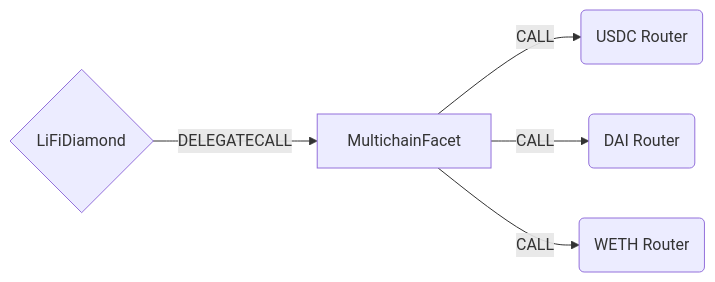
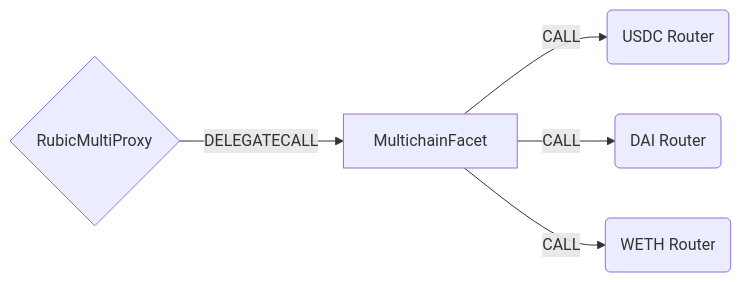
The diagram in docs/MultichainFacet.md (Cryptorubic/multi-proxy-rubic), drawn with Mermaid before and after one commit. The commit also changed other lines of this file and 82 other files, not shown here.

````diff
--- a/docs/MultichainFacet.md
+++ b/docs/MultichainFacet.md
@@ -7,7 +7,7 @@
 ```mermaid
 graph LR;
-    D{LiFiDiamond}-- DELEGATECALL -->A[MultichainFacet]
+    D{RubicMultiProxy}-- DELEGATECALL -->A[MultichainFacet]
     A -- CALL --> USDC(USDC Router)
     A -- CALL --> DAI(DAI Router)
     A -- CALL --> WETH(WETH Router)
 ```
````
